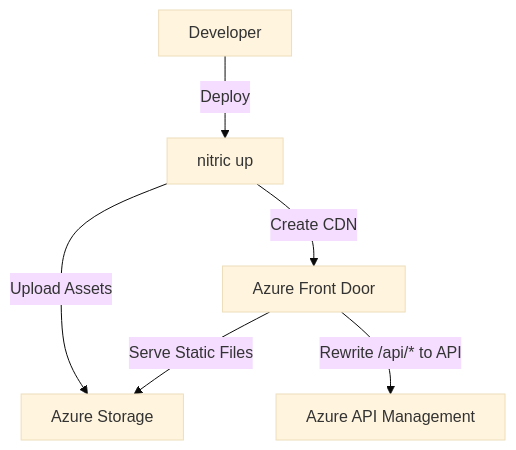
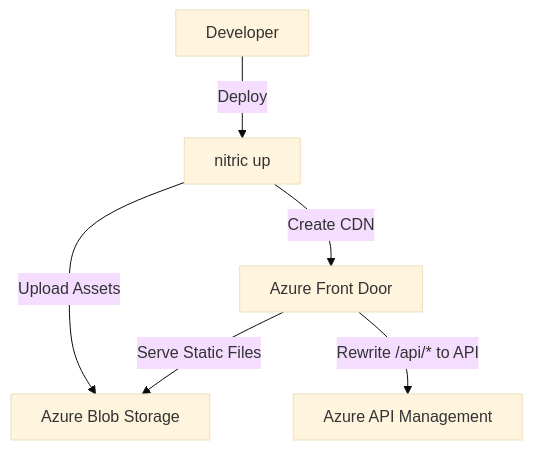
Before and after one commit to nitrictech/docs: the second of 3 diagrams in docs/architecture/websites.mdx, drawn with Mermaid (base theme). The commit also changed 9 other files, not shown here.

````diff
--- a/docs/architecture/websites.mdx
+++ b/docs/architecture/websites.mdx
@@ -49,17 +49,17 @@
 ```mermaid
 flowchart TD
     Developer["Developer"]
     NitricUp["nitric up"]
-    Storage["Azure Storage"]
+    BlobStorage["Azure Blob Storage"]
     FrontDoor["Azure Front Door"]
     Rewrite["Azure API Management"]
 
     Developer -->|Deploy| NitricUp
-    NitricUp -->|Upload Assets| Storage
+    NitricUp -->|Upload Assets| BlobStorage
     NitricUp -->|Create CDN| FrontDoor
-    FrontDoor -->|Serve Static Files| Storage
+    FrontDoor -->|Serve Static Files| BlobStorage
     FrontDoor -->|Rewrite /api/* to API| Rewrite
 
 classDef default line-height:1;
 classDef edgeLabel line-height:2;
 ```
````
